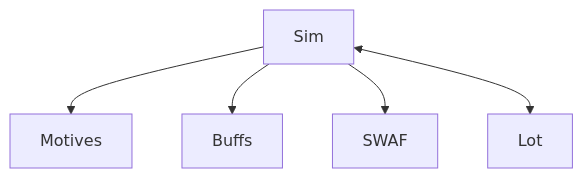
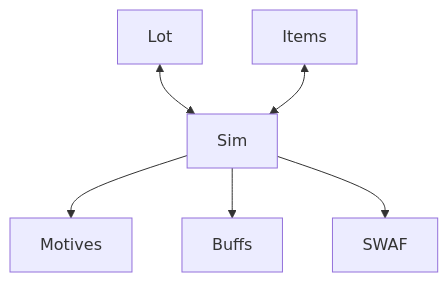
The diagram in README.md (tonytins/motive-engine), drawn with Mermaid before and after one commit. The commit also changed other lines of this file and 5 other files, not shown here.

````diff
--- a/README.md
+++ b/README.md
@@ -15,7 +16,8 @@
 ```mermaid
 graph TD;
+	Lot <--> Sim;
+	Items <--> Sim;
     Sim-->Motives;
-    Sim --> Buffs
+    Sim --> Buffs;
     Sim-->SWAF;
-    Sim <--> Lot
 ```
````
